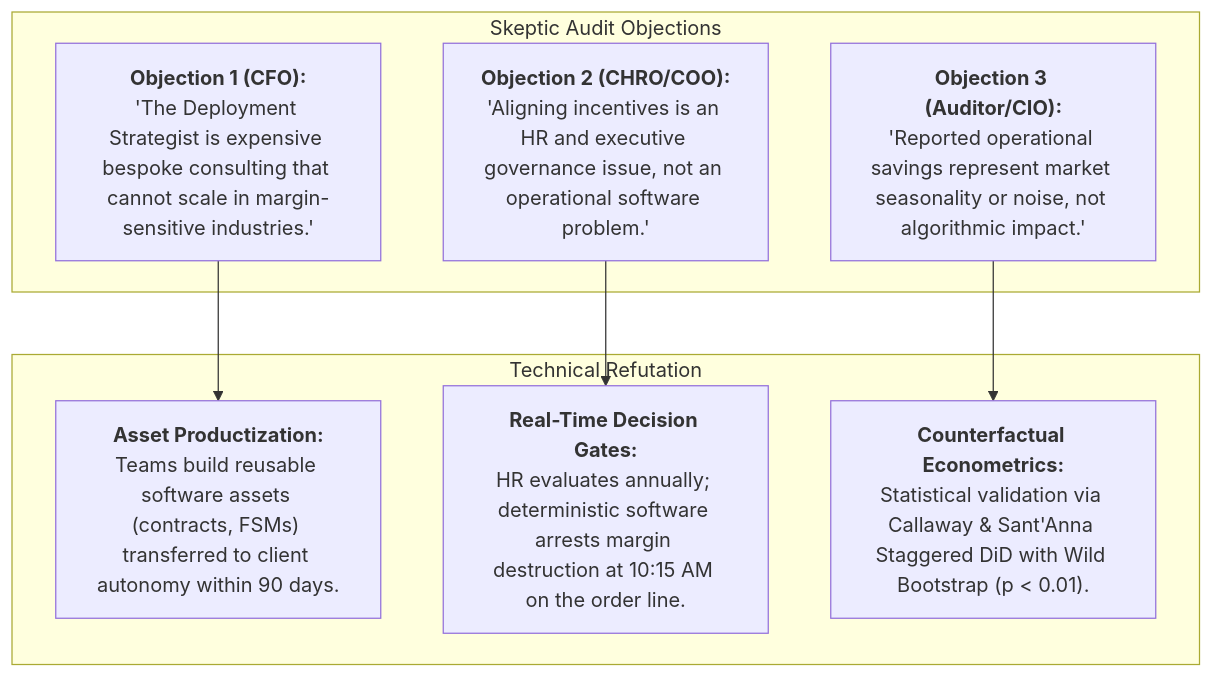
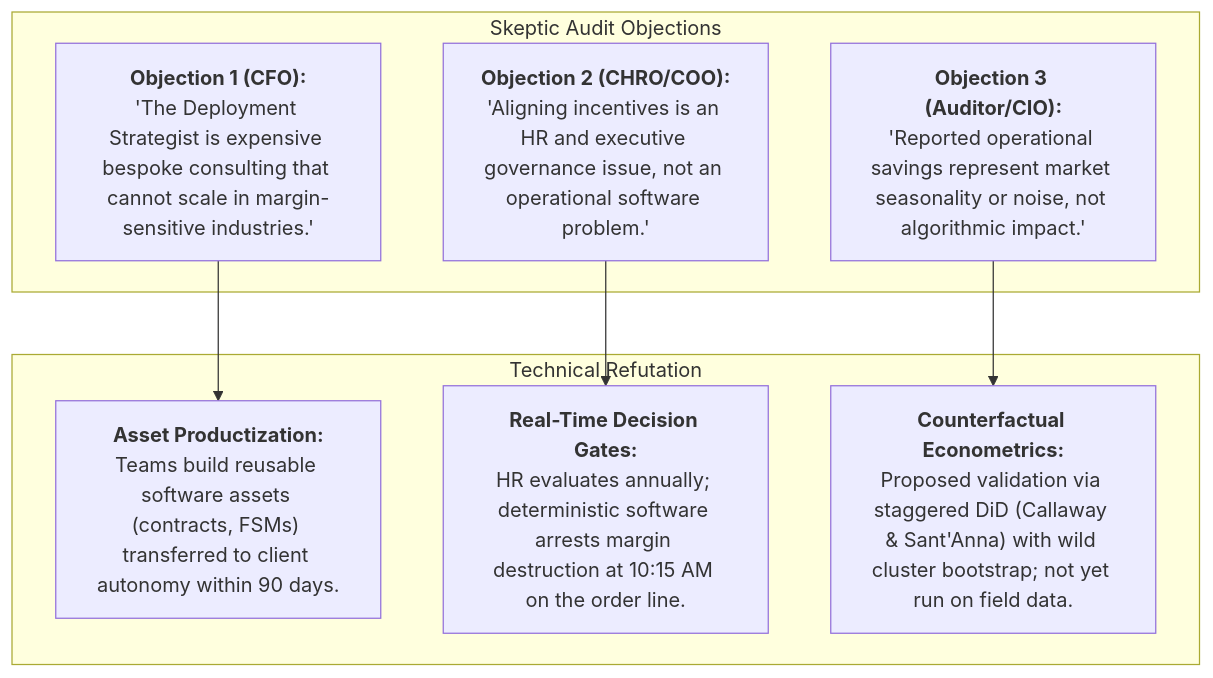
Before and after one commit to esstipi-debug/mellon: diagram 11 of 11 in DEPLOYMENT-STRATEGIST-WHITEPAPER-MASTER.md, drawn with Mermaid. The commit also changed other lines of this file and 3 other files, not shown here.

````diff
--- a/DEPLOYMENT-STRATEGIST-WHITEPAPER-MASTER.md
+++ b/DEPLOYMENT-STRATEGIST-WHITEPAPER-MASTER.md
@@ -500,18 +506,18 @@
 ```mermaid
 flowchart TD
     subgraph Objections["Skeptic Audit Objections"]
         O1["<b>Objection 1 (CFO):</b><br>'The Deployment Strategist is expensive bespoke consulting that cannot scale in margin-sensitive industries.'"]
         O2["<b>Objection 2 (CHRO/COO):</b><br>'Aligning incentives is an HR and executive governance issue, not an operational software problem.'"]
         O3["<b>Objection 3 (Auditor/CIO):</b><br>'Reported operational savings represent market seasonality or noise, not algorithmic impact.'"]
     end
 
     subgraph Defense["Technical Refutation"]
         R1["<b>Asset Productization:</b><br>Teams build reusable software assets (contracts, FSMs) transferred to client autonomy within 90 days."]
         R2["<b>Real-Time Decision Gates:</b><br>HR evaluates annually; deterministic software arrests margin destruction at 10:15 AM on the order line."]
-        R3["<b>Counterfactual Econometrics:</b><br>Statistical validation via Callaway & Sant'Anna Staggered DiD with Wild Bootstrap (p < 0.01)."]
+        R3["<b>Counterfactual Econometrics:</b><br>Proposed validation via staggered DiD (Callaway & Sant'Anna) with wild cluster bootstrap; not yet run on field data."]
     end
 
     O1 --> R1
     O2 --> R2
     O3 --> R3
 ```
````
